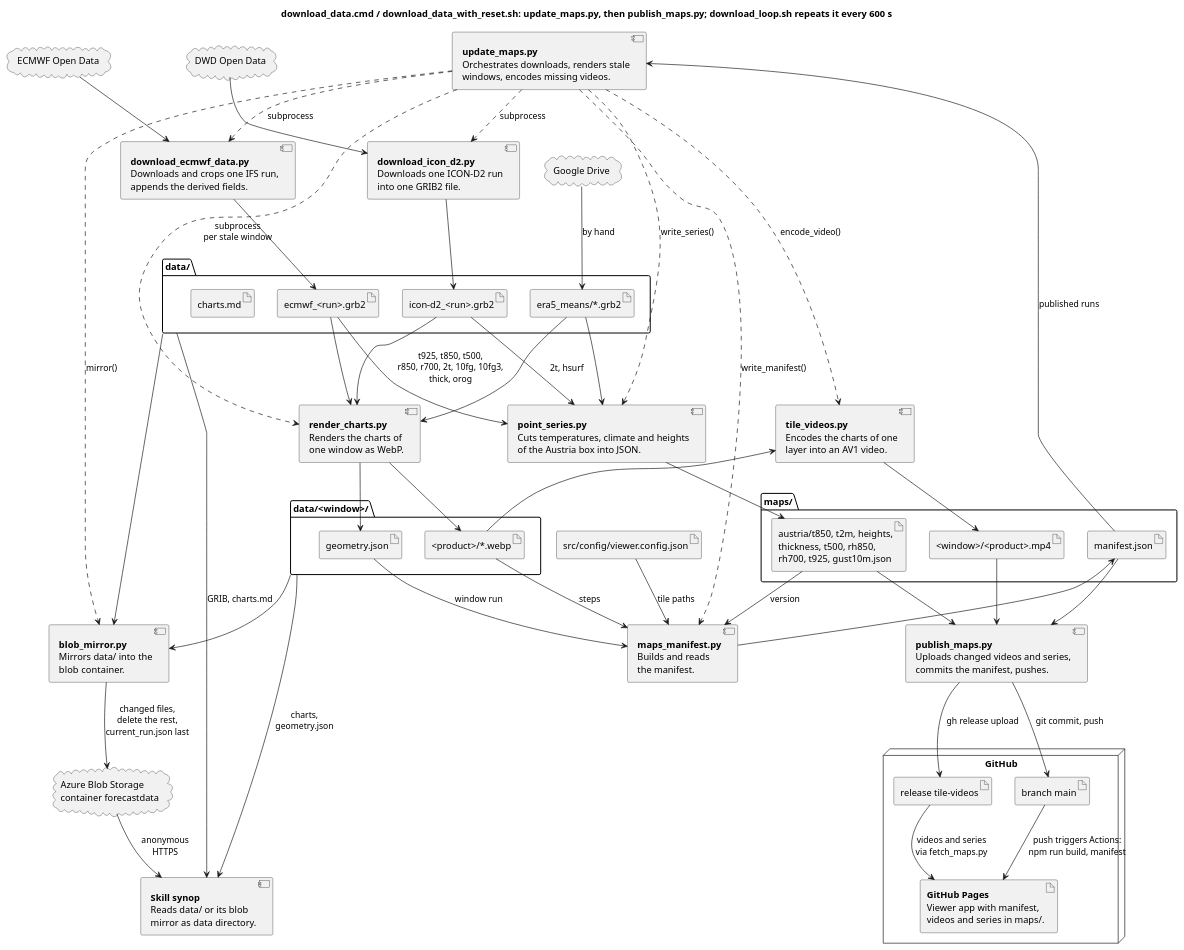
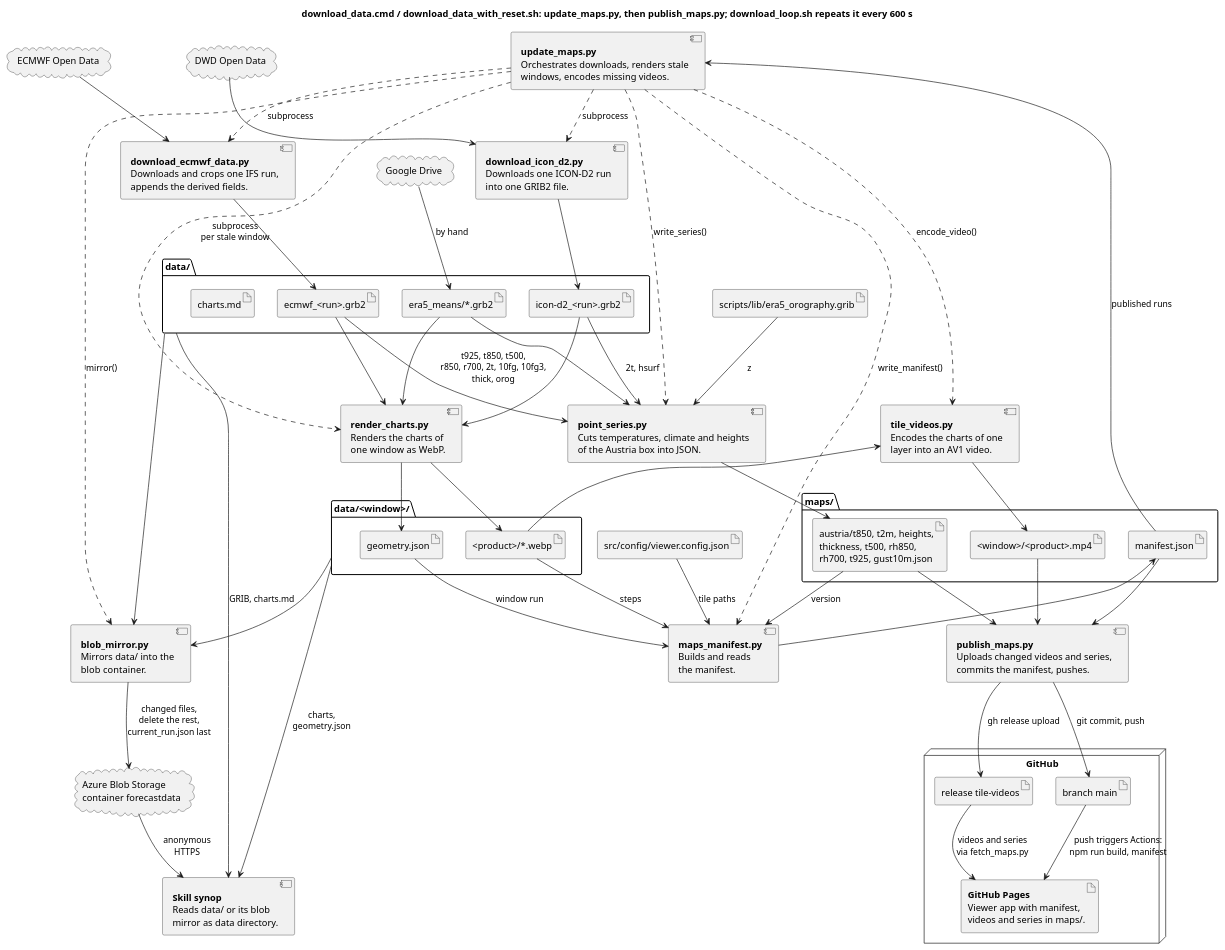
Before and after one commit to schletz/wetterkartenviewer: the first of 5 diagrams in REFERENCE.scripts.md, drawn with PlantUML. The commit also changed other lines of this file and 11 other files, not shown here.

First line of the commit message:
T2m anomaly against ERA5 in the temperature diagram

```diff
--- a/REFERENCE.scripts.md
+++ b/REFERENCE.scripts.md
@@ -102,6 +102,7 @@
  artifact "manifest.json" as manifest
 }
 artifact "src/config/viewer.config.json" as config
+artifact "scripts/lib/era5_orography.grib" as era5_orog
 node "GitHub" {
  artifact "release tile-videos" as release
  artifact "branch main" as repo
@@ -133,6 +134,7 @@
 ecmwf_grib --> point_series : t925, t850, t500,\nr850, r700, 2t, 10fg, 10fg3,\nthick, orog
 icon_grib --> point_series : 2t, hsurf
 era5 --> point_series
+era5_orog --> point_series : z
 point_series --> series
 config --> maps_manifest : tile paths
 charts --> maps_manifest : steps
```
